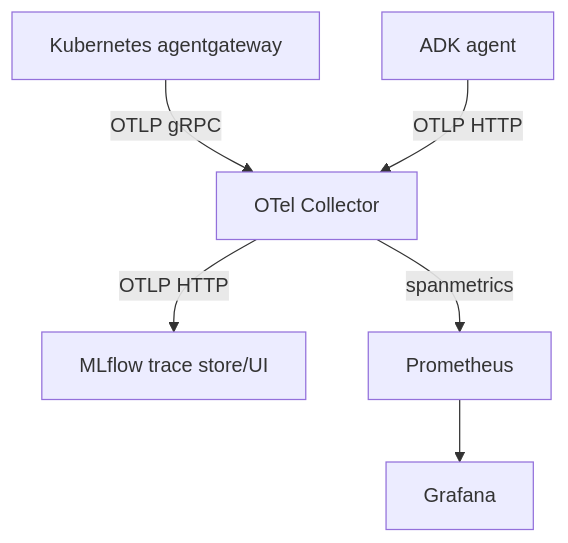
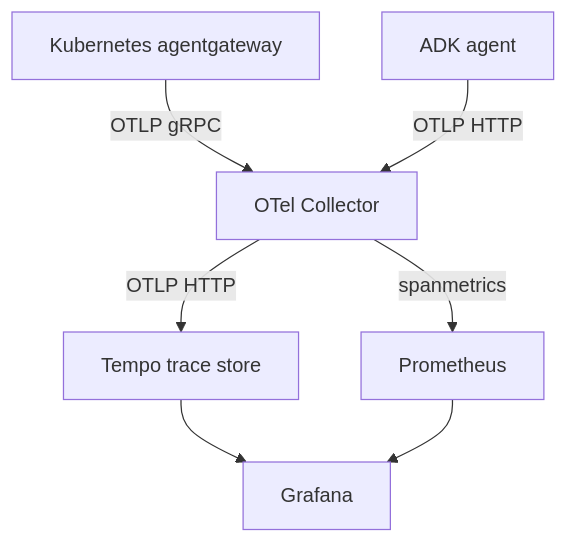
One commit to LuiGGi629/agentops-open-course changed the third of 3 diagrams in content/5. Gateway/5.6. Gateway Observability.md. Above: the diagram before and after it, drawn with Mermaid. The commit also changed other lines of this file and 88 other files, not shown here.

First line of the commit message:
refactor: send traces to Tempo and take MLflow out of the online path

````diff
--- a/content/5. Gateway/5.6. Gateway Observability.md
+++ b/content/5. Gateway/5.6. Gateway Observability.md
@@ -230,8 +231,9 @@
 ```mermaid
 flowchart TD
     Gateway[Kubernetes agentgateway] -->|OTLP gRPC| Collector[OTel Collector]
     Agent[ADK agent] -->|OTLP HTTP| Collector
-    Collector -->|OTLP HTTP| MLflow[MLflow trace store/UI]
+    Collector -->|OTLP HTTP| Tempo[Tempo trace store]
     Collector -->|spanmetrics| Prometheus
+    Tempo --> Grafana
     Prometheus --> Grafana
 ```
````
